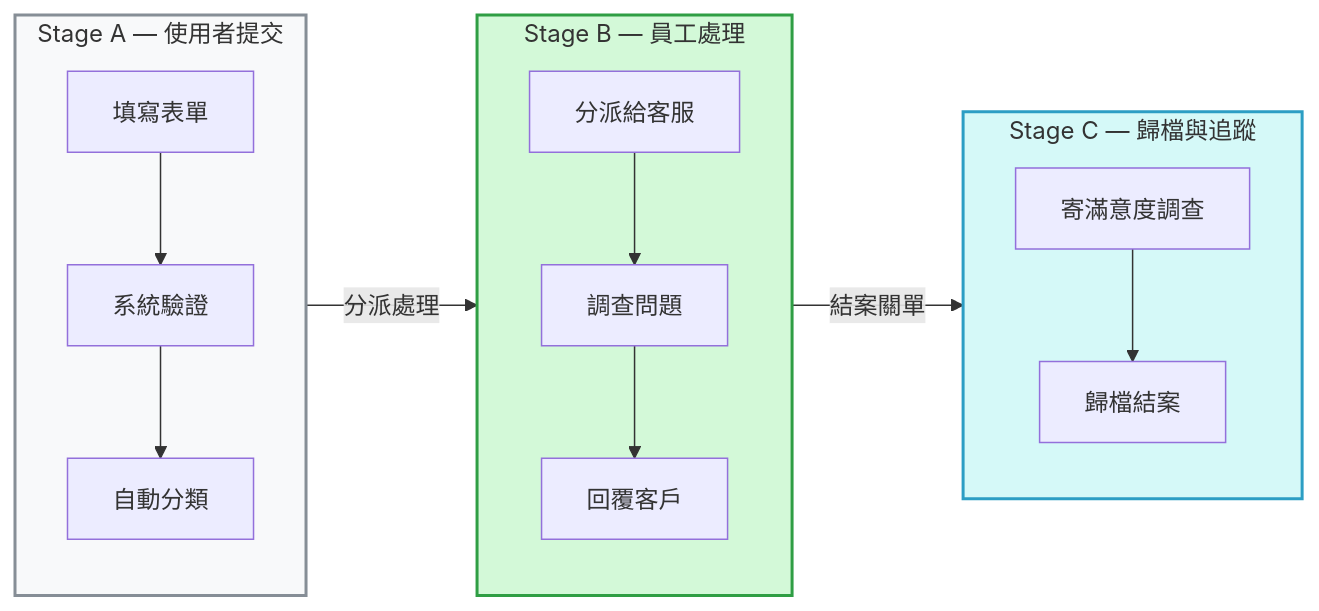
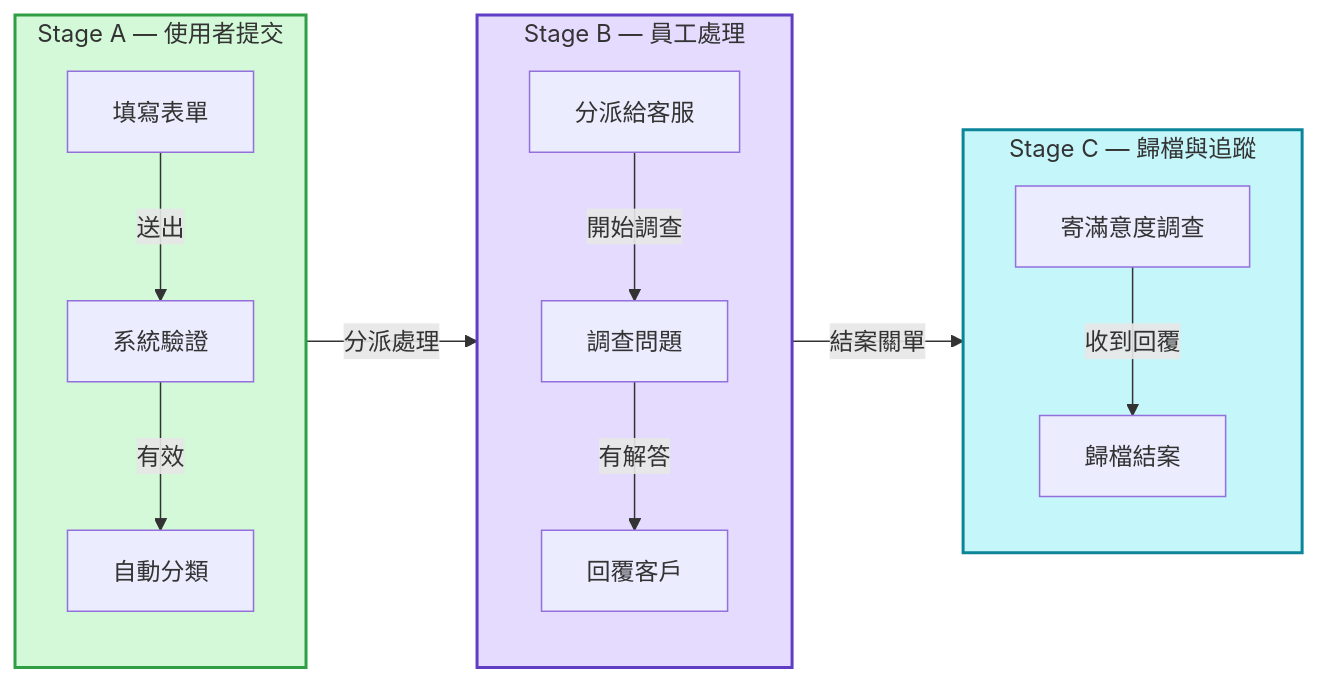
Diagram 14 of 15 in obsidian/skills/obsidian-mermaid-visualizer/flow/flowchart.md (kouko/monkey-skills), drawn with Mermaid before and after one commit. The commit also changed other lines of this file, not shown here.

First line of the commit message:
docs(obsidian-mermaid-visualizer): realign Example 7/8 colors to professional palette + add internal arrow labels + fix prose language (PR #107 update)

````diff
--- a/obsidian/skills/obsidian-mermaid-visualizer/flow/flowchart.md
+++ b/obsidian/skills/obsidian-mermaid-visualizer/flow/flowchart.md
@@ -279,26 +279,26 @@
 ```mermaid
 graph LR
     subgraph stageA["Stage A — 使用者提交"]
         direction TB
-        A1["填寫表單"] --> A2["系統驗證"]
-        A2 --> A3["自動分類"]
+        A1["填寫表單"] -->|"送出"| A2["系統驗證"]
+        A2 -->|"有效"| A3["自動分類"]
     end
 
     subgraph stageB["Stage B — 員工處理"]
         direction TB
-        B1["分派給客服"] --> B2["調查問題"]
-        B2 --> B3["回覆客戶"]
+        B1["分派給客服"] -->|"開始調查"| B2["調查問題"]
+        B2 -->|"有解答"| B3["回覆客戶"]
     end
 
     subgraph stageC["Stage C — 歸檔與追蹤"]
         direction TB
-        C1["寄滿意度調查"] --> C2["歸檔結案"]
+        C1["寄滿意度調查"] -->|"收到回覆"| C2["歸檔結案"]
     end
 
     stageA -->|"分派處理"| stageB
     stageB -->|"結案關單"| stageC
 
-    style stageA fill:#f8f9fa,stroke:#868e96,stroke-width:2px
-    style stageB fill:#d3f9d8,stroke:#2f9e44,stroke-width:2px
-    style stageC fill:#d5f9f8,stroke:#2c9ec4,stroke-width:2px
+    style stageA fill:#d3f9d8,stroke:#2f9e44,stroke-width:2px
+    style stageB fill:#e5dbff,stroke:#5f3dc4,stroke-width:2px
+    style stageC fill:#c5f6fa,stroke:#0c8599,stroke-width:2px
 ```
````
